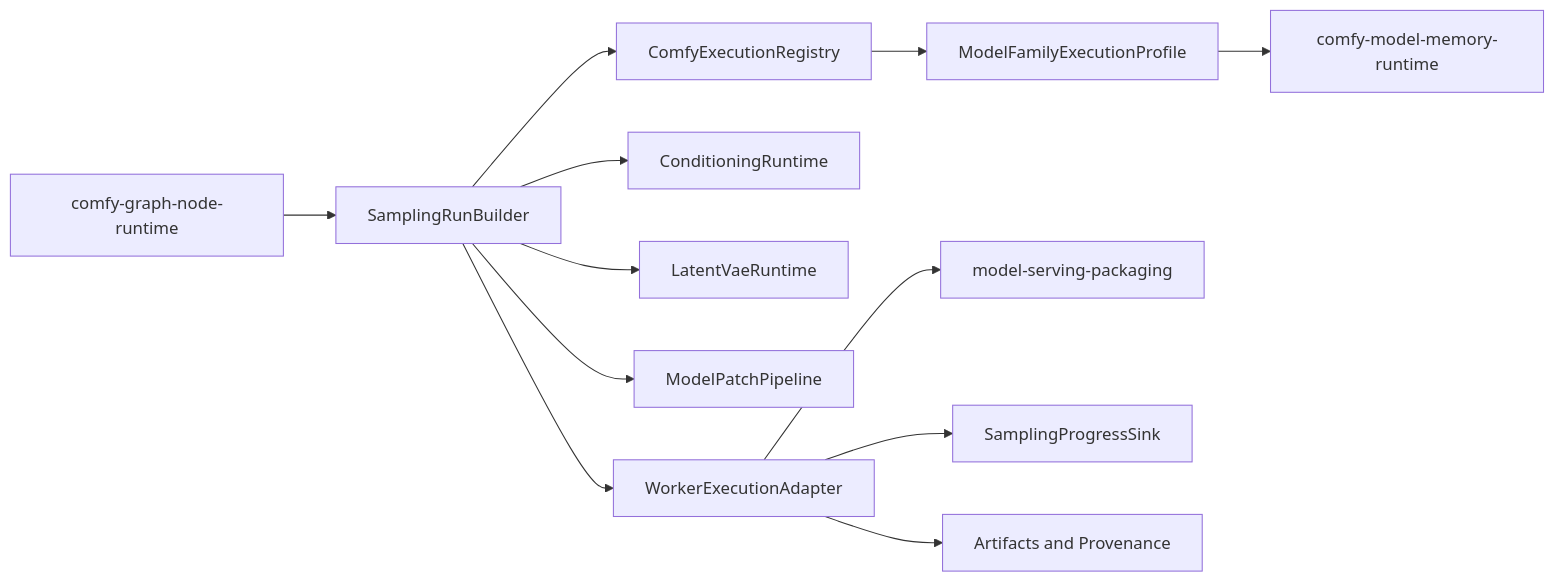
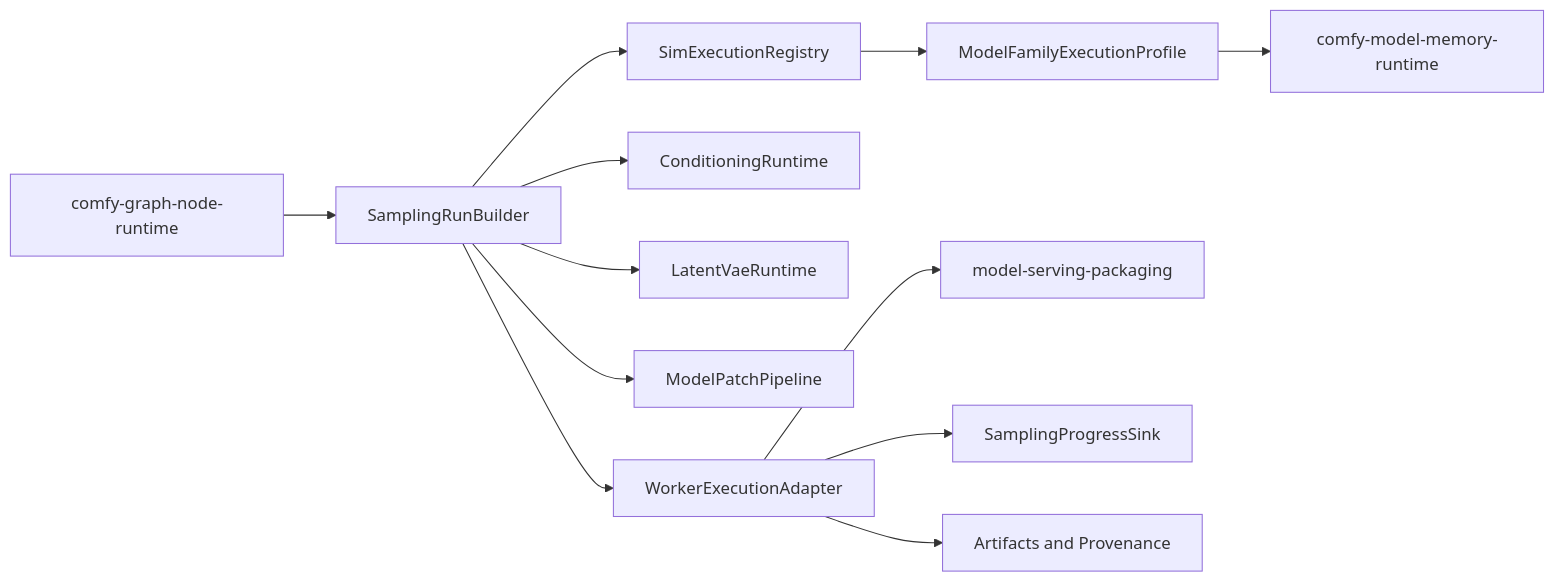
Before and after one commit to imagineerings/xor: the diagram in .agents/specs/godot-migration/comfy-diffusion-world-model-runtime/design.md, drawn with Mermaid. The commit also changed other lines of this file and 10 other files, not shown here.

First line of the commit message:
docs: use native Sim names for Comfy-derived specs (#323)

````diff
--- a/.agents/specs/godot-migration/comfy-diffusion-world-model-runtime/design.md
+++ b/.agents/specs/godot-migration/comfy-diffusion-world-model-runtime/design.md
@@ -9,14 +9,14 @@
 ```mermaid
 flowchart LR
     Graph[comfy-graph-node-runtime] --> Builder[SamplingRunBuilder]
-    Builder --> Registry[ComfyExecutionRegistry]
+    Builder --> Registry[SimExecutionRegistry]
     Builder --> Conditioning[ConditioningRuntime]
     Builder --> Latents[LatentVaeRuntime]
     Builder --> Patches[ModelPatchPipeline]
     Registry --> Profile[ModelFamilyExecutionProfile]
     Profile --> Policy[comfy-model-memory-runtime]
     Builder --> Worker[WorkerExecutionAdapter]
     Worker --> Serving[model-serving-packaging]
     Worker --> Progress[SamplingProgressSink]
     Worker --> Artifacts[Artifacts and Provenance]
 ```
````
